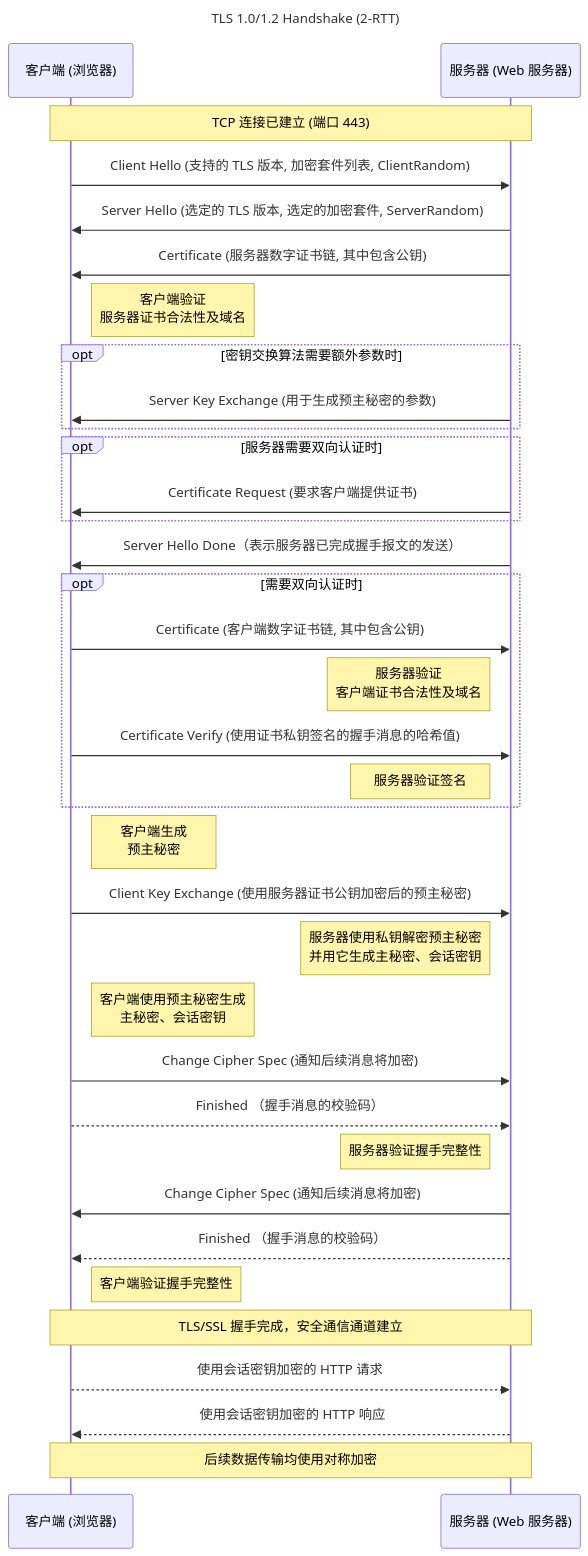
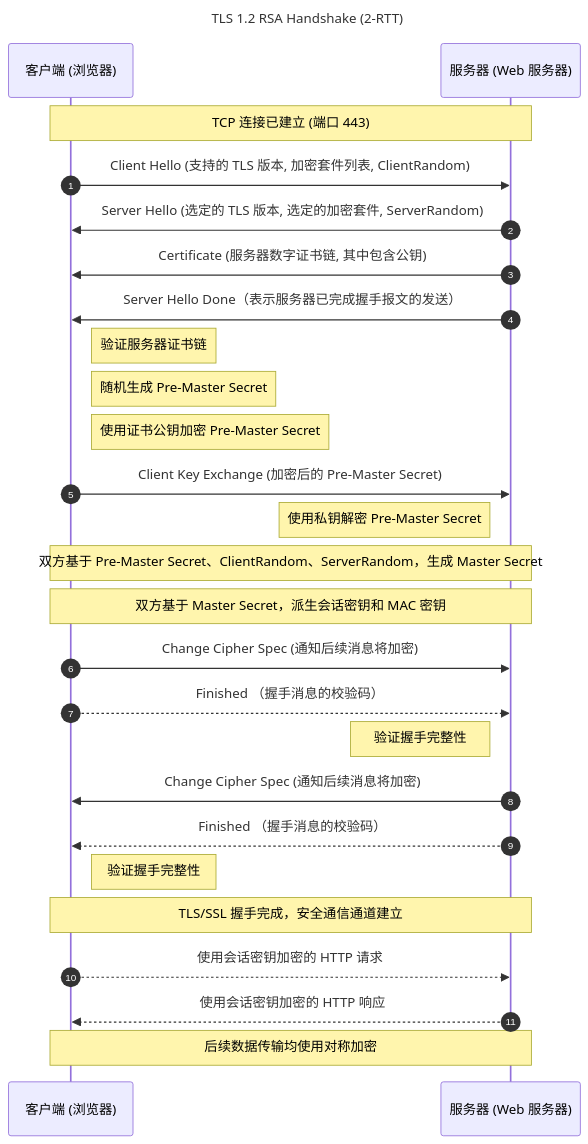
Before and after one commit to ReAllTh/memo: the first of 2 diagrams in _posts/2024-01-07-CNSUM.md, drawn with Mermaid. The commit also changed other lines of this file, not shown here.

````diff
--- a/_posts/2024-01-07-CNSUM.md
+++ b/_posts/2024-01-07-CNSUM.md
@@ -163,40 +172,31 @@
 ```mermaid
 sequenceDiagram
+    autonumber
     participant C as 客户端 (浏览器)
     participant S as 服务器 (Web 服务器)
     
-    title TLS 1.0/1.2 Handshake (2-RTT)
+    title TLS 1.2 RSA Handshake (2-RTT)
     
     Note over C,S: TCP 连接已建立 (端口 443)
     C->>S: Client Hello (支持的 TLS 版本, 加密套件列表, ClientRandom)
     S->>C: Server Hello (选定的 TLS 版本, 选定的加密套件, ServerRandom)
     S->>C: Certificate (服务器数字证书链, 其中包含公钥)
-    Note right of C: 客户端验证<br/>服务器证书合法性及域名
-    opt 密钥交换算法需要额外参数时
-        S->>C: Server Key Exchange (用于生成预主秘密的参数)
-    end
-    opt 服务器需要双向认证时
-        S->>C: Certificate Request (要求客户端提供证书)
-    end
     S->>C: Server Hello Done（表示服务器已完成握手报文的发送）
-    opt 需要双向认证时
-        C->>S: Certificate (客户端数字证书链, 其中包含公钥)
-        Note left of S: 服务器验证<br/>客户端证书合法性及域名
-        C->>S: Certificate Verify (使用证书私钥签名的握手消息的哈希值)
-        Note left of S: 服务器验证签名
-    end
-    Note right of C: 客户端生成<br/>预主秘密
-    C->>S: Client Key Exchange (使用服务器证书公钥加密后的预主秘密)
-    Note left of S: 服务器使用私钥解密预主秘密<br/>并用它生成主秘密、会话密钥
-    Note right of C: 客户端使用预主秘密生成<br/>主秘密、会话密钥
+    Note right of C: 验证服务器证书链
+    Note right of C: 随机生成 Pre-Master Secret
+    Note right of C: 使用证书公钥加密 Pre-Master Secret
+    C->>S: Client Key Exchange (加密后的 Pre-Master Secret)
+    Note left of S: 使用私钥解密 Pre-Master Secret
+    Note over C,S: 双方基于 Pre-Master Secret、ClientRandom、ServerRandom，生成 Master Secret
+    Note over C,S: 双方基于 Master Secret，派生会话密钥和 MAC 密钥
     C->>S: Change Cipher Spec (通知后续消息将加密) 
     C-->>S: Finished （握手消息的校验码）
-    Note left of S: 服务器验证握手完整性
+    Note left of S: 验证握手完整性
     S->>C: Change Cipher Spec (通知后续消息将加密)
     S-->>C: Finished （握手消息的校验码）
-    Note right of C: 客户端验证握手完整性
+    Note right of C: 验证握手完整性
     Note over C,S: TLS/SSL 握手完成，安全通信通道建立
     C-->>S: 使用会话密钥加密的 HTTP 请求
     S-->>C: 使用会话密钥加密的 HTTP 响应
     Note over C,S: 后续数据传输均使用对称加密
 ```
````
